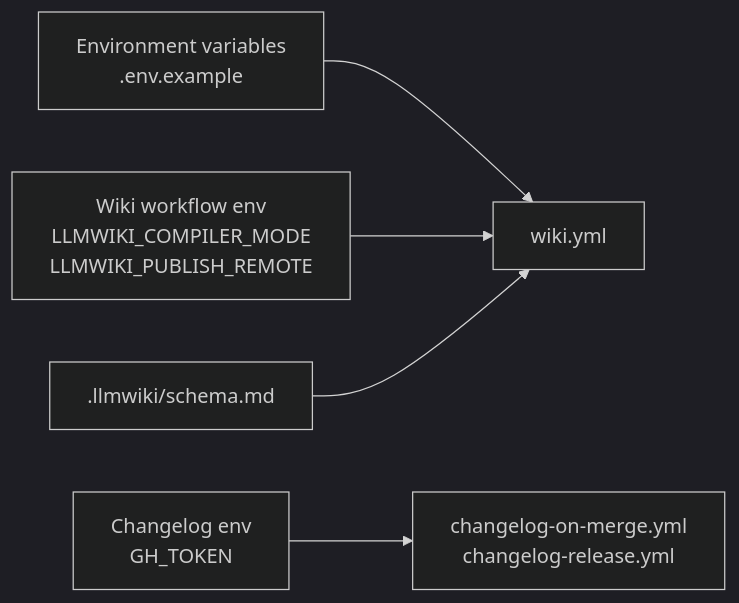
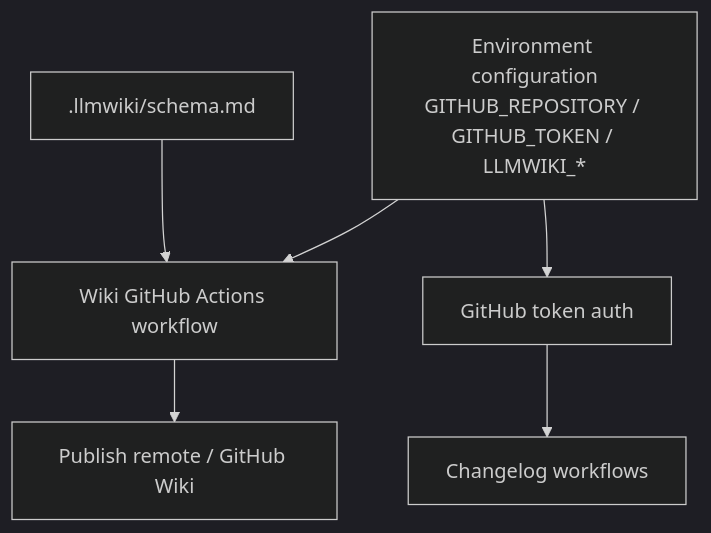
Before and after one commit to mfittko/repo-wiki: the third of 4 diagrams in Architecture.md, drawn with Mermaid (dark theme). The commit also changed other lines of this file and 45 other files, not shown here.

Commit message:
Compile repository wiki 2026-05-16T13:01:11.552Z

````diff
--- a/Architecture.md
+++ b/Architecture.md
@@ -214,14 +141,15 @@
 ```mermaid
-flowchart LR
-  Env["Environment variables<br/>.env.example"]
-  WikiEnv["Wiki workflow env<br/>LLMWIKI_COMPILER_MODE<br/>LLMWIKI_PUBLISH_REMOTE"]
-  ChangelogEnv["Changelog env<br/>GH_TOKEN"]
+flowchart TD
+  Env["Environment configuration\nGITHUB_REPOSITORY / GITHUB_TOKEN / LLMWIKI_*"]
+  WikiAction["Wiki GitHub Actions workflow"]
   Schema[".llmwiki/schema.md"]
-  WikiWorkflow["wiki.yml"]
-  ChangelogWorkflow["changelog-on-merge.yml<br/>changelog-release.yml"]
+  Publish["Publish remote / GitHub Wiki"]
+  ChangelogAction["Changelog workflows"]
+  GitHubAuth["GitHub token auth"]
 
-  Env --> WikiWorkflow
-  WikiEnv --> WikiWorkflow
-  Schema --> WikiWorkflow
-  ChangelogEnv --> ChangelogWorkflow
+  Env --> WikiAction
+  Schema --> WikiAction
+  WikiAction --> Publish
+  Env --> GitHubAuth
+  GitHubAuth --> ChangelogAction
 ```
````
